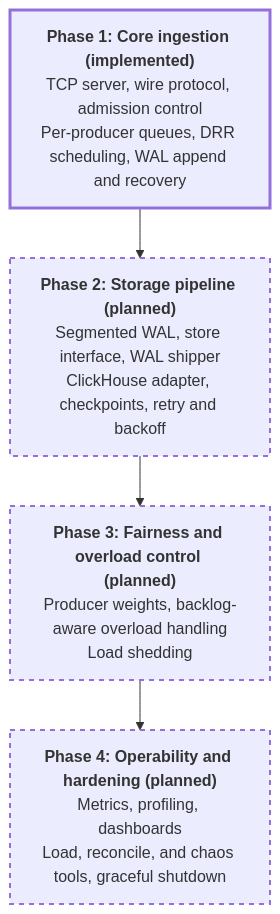
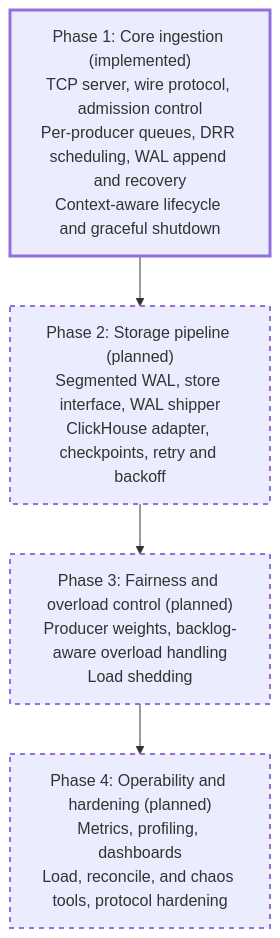
One commit to PratyushVishal11011/Fairgate changed diagram 13 of 13 in README.md. Above: the diagram before and after it, drawn with Mermaid. The commit also changed other lines of this file and 2 other files, not shown here.

Commit message:
feat(server): implement graceful shutdown and context-aware event handling

````diff
--- a/README.md
+++ b/README.md
@@ -419,14 +526,14 @@
 ```mermaid
 flowchart TD
-    P1["<b>Phase 1: Core ingestion (implemented)</b><br/>TCP server, wire protocol, admission control<br/>Per-producer queues, DRR scheduling, WAL append and recovery"]
-    P2["<b>Phase 2: Storage pipeline (planned)</b><br/>Segmented WAL, store interface, WAL shipper<br/>ClickHouse adapter, checkpoints, retry and backoff"]
-    P3["<b>Phase 3: Fairness and overload control (planned)</b><br/>Producer weights, backlog-aware overload handling<br/>Load shedding"]
-    P4["<b>Phase 4: Operability and hardening (planned)</b><br/>Metrics, profiling, dashboards<br/>Load, reconcile, and chaos tools, graceful shutdown"]
+    P1["Phase 1: Core ingestion (implemented)<br/>TCP server, wire protocol, admission control<br/>Per-producer queues, DRR scheduling, WAL append and recovery<br/>Context-aware lifecycle and graceful shutdown"]
+    P2["Phase 2: Storage pipeline (planned)<br/>Segmented WAL, store interface, WAL shipper<br/>ClickHouse adapter, checkpoints, retry and backoff"]
+    P3["Phase 3: Fairness and overload control (planned)<br/>Producer weights, backlog-aware overload handling<br/>Load shedding"]
+    P4["Phase 4: Operability and hardening (planned)<br/>Metrics, profiling, dashboards<br/>Load, reconcile, and chaos tools, protocol hardening"]
 
     P1 --> P2 --> P3 --> P4
 
     classDef done stroke-width:3px;
     classDef planned stroke-dasharray: 5 5,stroke-width:2px;
     class P1 done;
     class P2,P3,P4 planned;
 ```
````
